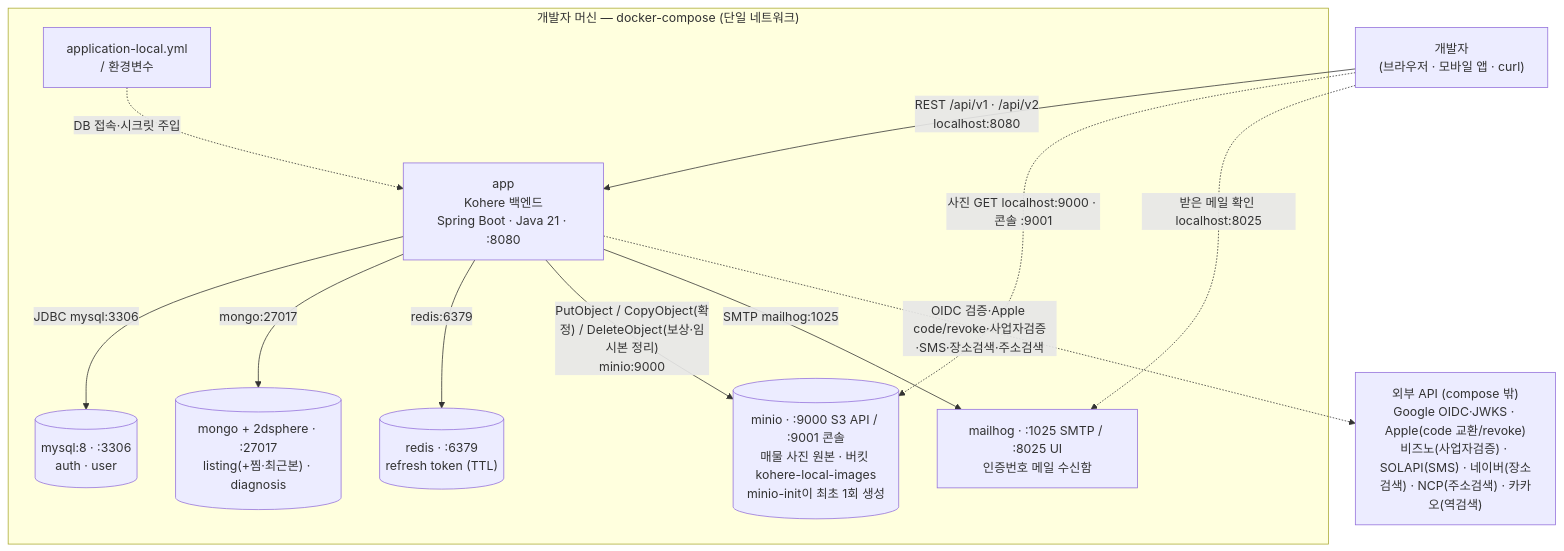
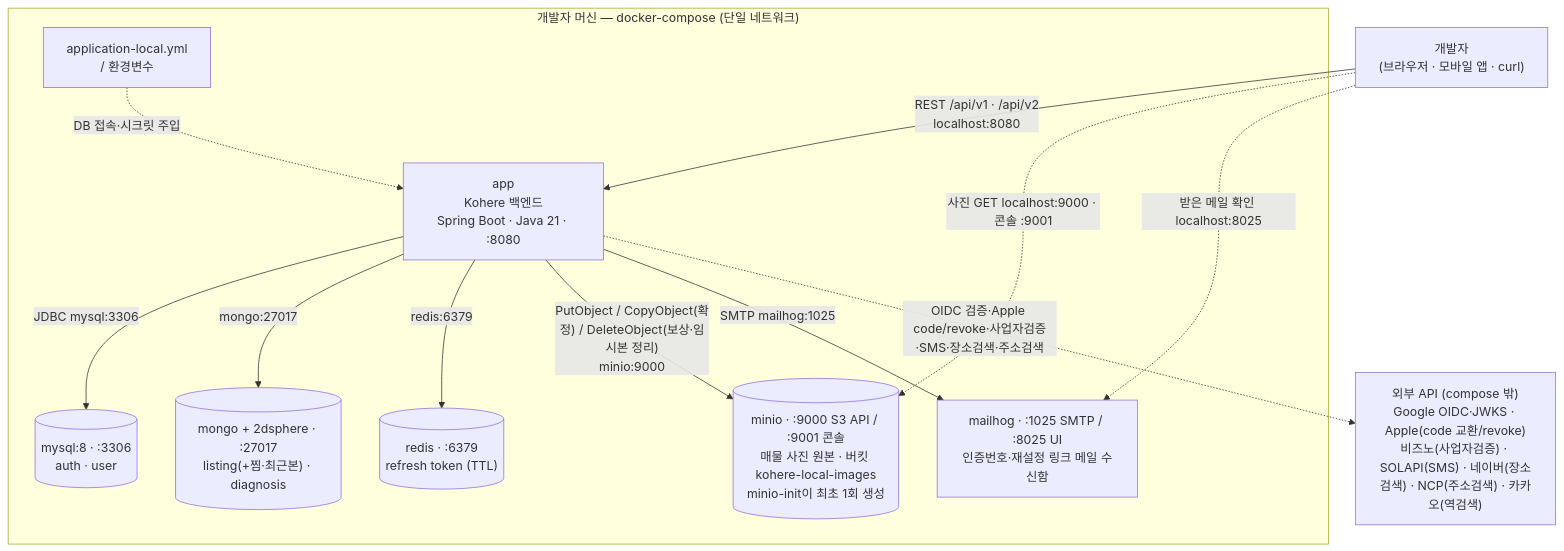
The third of 5 diagrams in docs/architecture/system-overview.md (jameskim9509/Kohere-backend), drawn with Mermaid before and after one commit. The commit also changed other lines of this file and 83 other files, not shown here.

````diff
--- a/docs/architecture/system-overview.md
+++ b/docs/architecture/system-overview.md
@@ -165,27 +165,27 @@
 ```mermaid
 flowchart TB
     DEV["개발자<br/>(브라우저 · 모바일 앱 · curl)"]
 
     subgraph Host["개발자 머신 — docker-compose (단일 네트워크)"]
       APP["app<br/>Kohere 백엔드<br/>Spring Boot · Java 21 · :8080"]
       CFG["application-local.yml<br/>/ 환경변수"]
       MYSQL[("mysql:8 · :3306<br/>auth · user")]
       MONGO[("mongo + 2dsphere · :27017<br/>listing(+찜·최근본) · diagnosis")]
       REDIS[("redis · :6379<br/>refresh token (TTL)")]
       MINIO[("minio · :9000 S3 API / :9001 콘솔<br/>매물 사진 원본 · 버킷 kohere-local-images<br/>minio-init이 최초 1회 생성")]
-      MAILHOG["mailhog · :1025 SMTP / :8025 UI<br/>인증번호 메일 수신함"]
+      MAILHOG["mailhog · :1025 SMTP / :8025 UI<br/>인증번호·재설정 링크 메일 수신함"]
     end
 
     EXT["외부 API (compose 밖)<br/>Google OIDC·JWKS · Apple(code 교환/revoke)<br/>비즈노(사업자검증) · SOLAPI(SMS) · 네이버(장소검색) · NCP(주소검색) · 카카오(역검색)"]
 
     DEV -- "REST /api/v1 · /api/v2<br/>localhost:8080" --> APP
     CFG -. "DB 접속·시크릿 주입" .-> APP
     APP -- "JDBC  mysql:3306" --> MYSQL
     APP -- "mongo:27017" --> MONGO
     APP -- "redis:6379" --> REDIS
     APP -- "PutObject / CopyObject(확정) / DeleteObject(보상·임시본 정리)<br/>minio:9000" --> MINIO
     APP -- "SMTP  mailhog:1025" --> MAILHOG
     DEV -. "사진 GET localhost:9000 · 콘솔 :9001" .-> MINIO
     DEV -. "받은 메일 확인 localhost:8025" .-> MAILHOG
     APP -. "OIDC 검증·Apple code/revoke·사업자검증·SMS·장소검색·주소검색" .-> EXT
 ```
````
